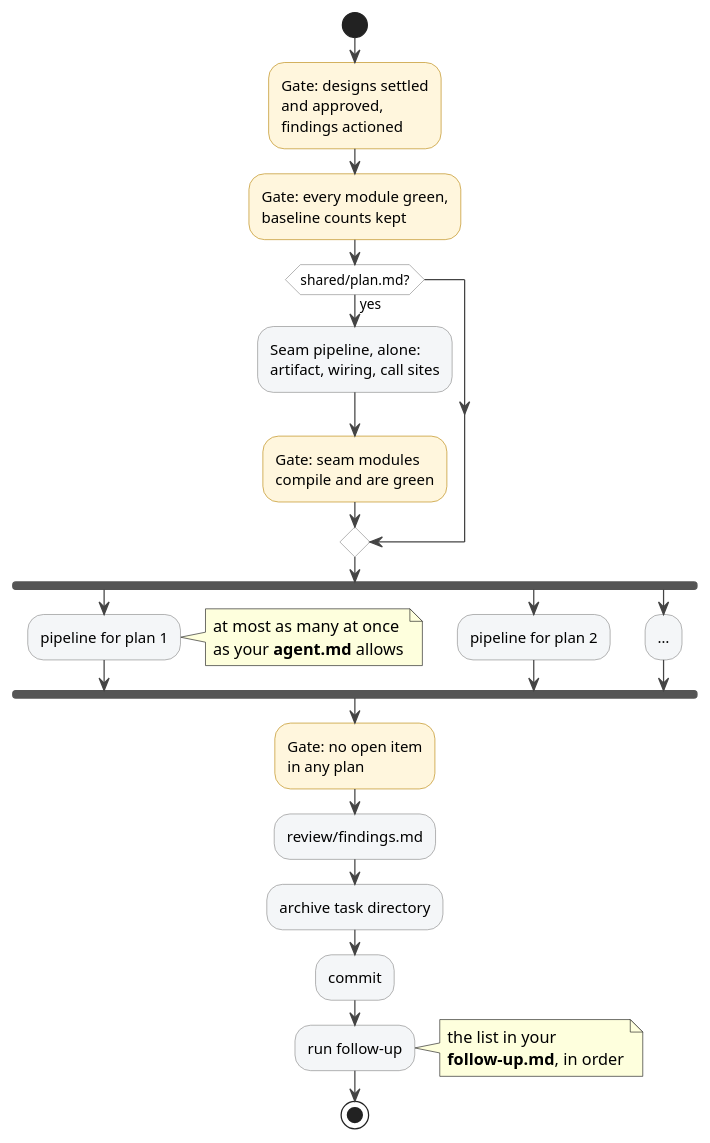
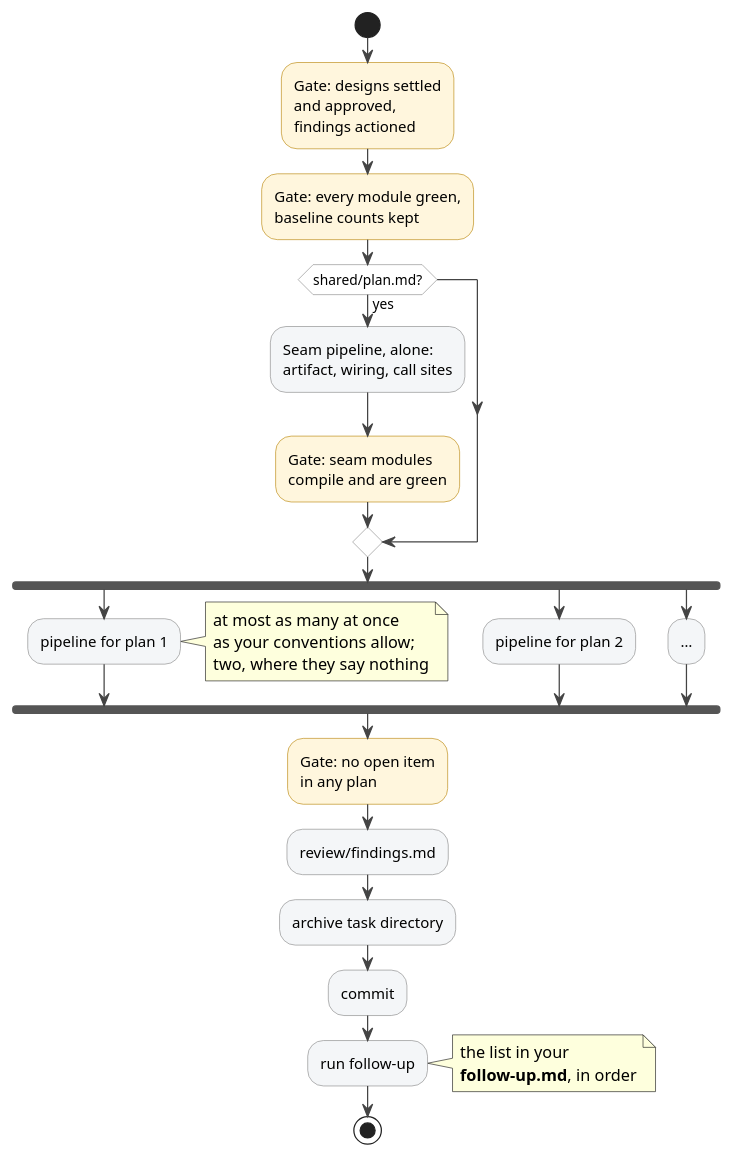
One commit to ds-usova/tdd-sdlc changed the diagram in docs/diagrams/implement-plan-task.puml. Above: the diagram before and after it, drawn with PlantUML. The commit also changed 34 other files, not shown here.

```diff
--- a/docs/diagrams/implement-plan-task.puml
+++ b/docs/diagrams/implement-plan-task.puml
@@ -1,52 +1,53 @@
 @startuml implement-plan-task
 skinparam defaultFontName Helvetica
 skinparam shadowing false
 skinparam ActivityBackgroundColor #F4F6F8
 skinparam ActivityBorderColor #888
 skinparam ActivityDiamondBackgroundColor #FFFFFF
 skinparam ActivityDiamondBorderColor #888
 skinparam ArrowColor #444
 <style>
 activityDiagram {
   .gate {
     BackgroundColor #FFF6DD
     LineColor #B8860B
   }
 }
 </style>
 
 start
 :Gate: designs settled
 and approved,
 findings actioned;<<gate>>
 :Gate: every module green,
 baseline counts kept;<<gate>>
 if (shared/plan.md?) then (yes)
   :Seam pipeline, alone:
   artifact, wiring, call sites;
   :Gate: seam modules
   compile and are green;<<gate>>
 endif
 fork
   :pipeline for plan 1;
   note right
     at most as many at once
-    as your **agent.md** allows
+    as your conventions allow;
+    two, where they say nothing
   end note
 fork again
   :pipeline for plan 2;
 fork again
   :…;
 end fork
 :Gate: no open item
 in any plan;<<gate>>
 :review/findings.md;
 :archive task directory;
 :commit;
 :run follow-up;
 note right
   the list in your
   **follow-up.md**, in order
 end note
 stop
 @enduml
```
